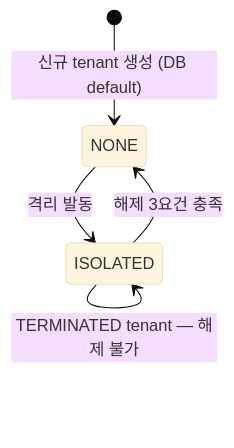
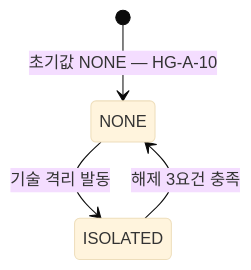
Before and after one commit to mirunubi/yoonsul_wait_order_handoff: the second of 7 diagrams in docs/600000_implementation_lifecycle/601800_tenant_lifecycle_rpc_alignment/601803_Diagram_Tenant_Lifecycle_State_Machine.md, drawn with Mermaid (base theme). The commit also changed other lines of this file, not shown here.

````diff
--- a/docs/600000_implementation_lifecycle/601800_tenant_lifecycle_rpc_alignment/601803_Diagram_Tenant_Lifecycle_State_Machine.md
+++ b/docs/600000_implementation_lifecycle/601800_tenant_lifecycle_rpc_alignment/601803_Diagram_Tenant_Lifecycle_State_Machine.md
@@ -107,7 +151,6 @@
 ```mermaid
 stateDiagram-v2
-    [*] --> NONE : 신규 tenant 생성 (DB default)
-    NONE --> ISOLATED : 격리 발동
+    [*] --> NONE : 초기값 NONE — HG-A-10
+    NONE --> ISOLATED : 기술 격리 발동
     ISOLATED --> NONE : 해제 3요건 충족
-    ISOLATED --> ISOLATED : TERMINATED tenant — 해제 불가
 ```
````
